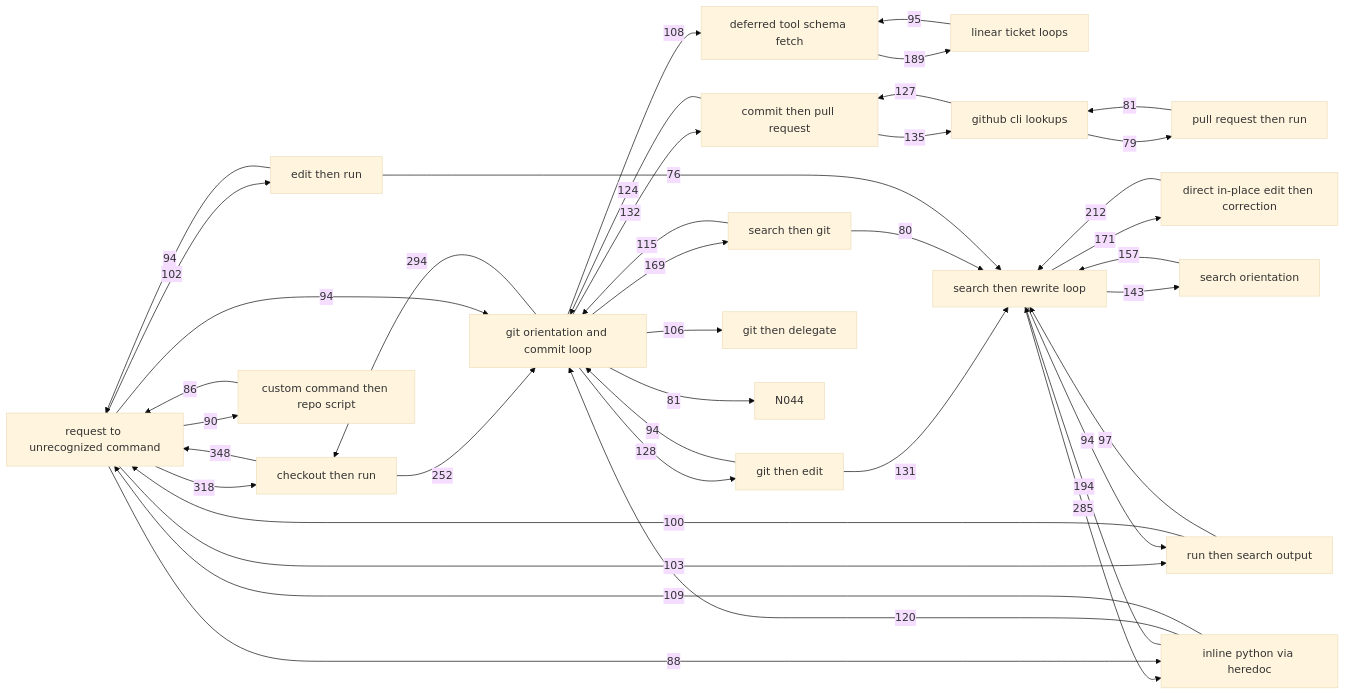
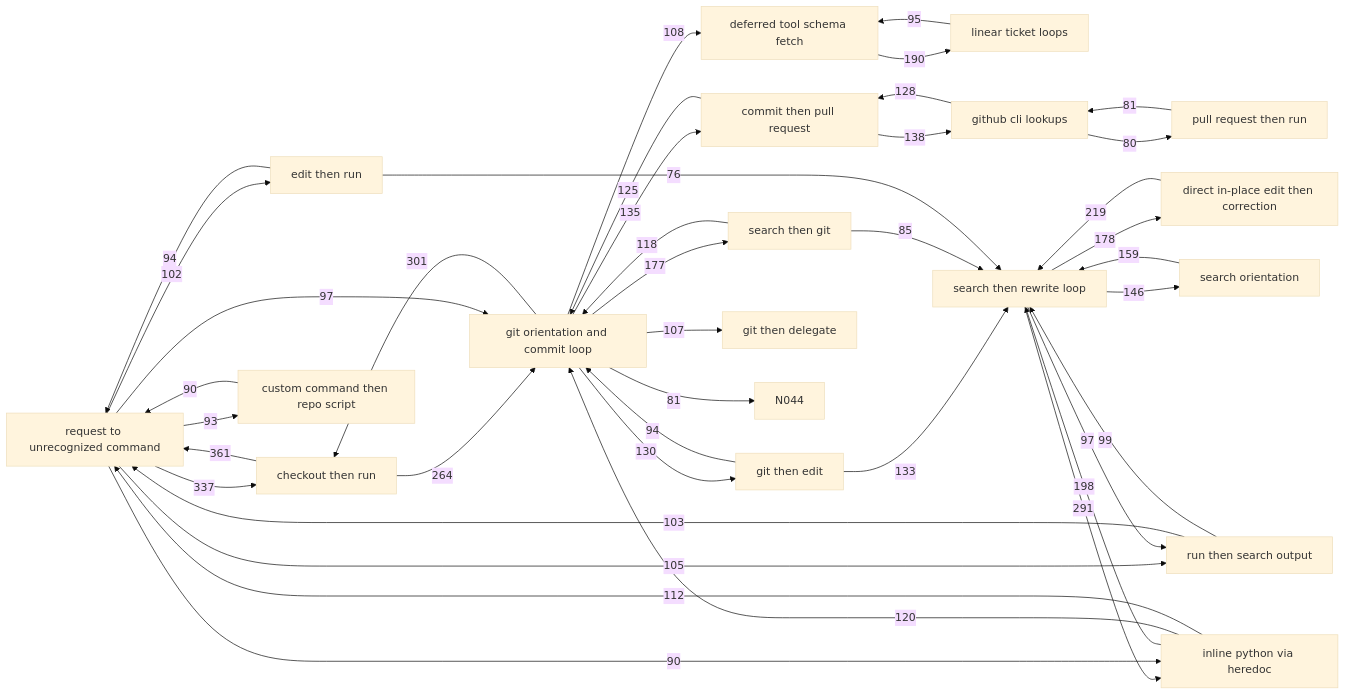
Before and after one commit to aidanff/comb: the diagram in candidates.md, drawn with Mermaid (base theme). The commit also changed other lines of this file and 2 other files, not shown here.

````diff
--- a/candidates.md
+++ b/candidates.md
@@ -426,62 +435,62 @@
 ```mermaid
 graph LR
   N001["deferred tool schema fetch"]
   N002["request to unrecognized command"]
   N003["git orientation and commit loop"]
   N004["linear ticket loops"]
   N006["inline python via heredoc"]
   N007["search then rewrite loop"]
   N009["checkout then run"]
   N010["direct in-place edit then correction"]
   N012["search orientation"]
   N014["edit then run"]
   N015["github cli lookups"]
   N016["run then search output"]
   N017["git then edit"]
   N019["commit then pull request"]
   N020["custom command then repo script"]
   N023["pull request then run"]
   N028["search then git"]
   N037["git then delegate"]
   N044["N044"]
-  N009 -->|348| N002
-  N002 -->|318| N009
-  N003 -->|294| N009
-  N007 -->|285| N006
-  N009 -->|252| N003
-  N010 -->|212| N007
-  N006 -->|194| N007
-  N001 -->|189| N004
-  N007 -->|171| N010
-  N003 -->|169| N028
-  N012 -->|157| N007
-  N007 -->|143| N012
-  N019 -->|135| N015
-  N003 -->|132| N019
-  N017 -->|131| N007
-  N003 -->|128| N017
-  N015 -->|127| N019
-  N019 -->|124| N003
+  N009 -->|361| N002
+  N002 -->|337| N009
+  N003 -->|301| N009
+  N007 -->|291| N006
+  N009 -->|264| N003
+  N010 -->|219| N007
+  N006 -->|198| N007
+  N001 -->|190| N004
+  N007 -->|178| N010
+  N003 -->|177| N028
+  N012 -->|159| N007
+  N007 -->|146| N012
+  N019 -->|138| N015
+  N003 -->|135| N019
+  N017 -->|133| N007
+  N003 -->|130| N017
+  N015 -->|128| N019
+  N019 -->|125| N003
   N006 -->|120| N003
-  N028 -->|115| N003
-  N006 -->|109| N002
+  N028 -->|118| N003
+  N006 -->|112| N002
   N003 -->|108| N001
-  N003 -->|106| N037
-  N002 -->|103| N016
+  N003 -->|107| N037
+  N002 -->|105| N016
+  N016 -->|103| N002
   N002 -->|102| N014
-  N016 -->|100| N002
-  N016 -->|97| N007
+  N016 -->|99| N007
+  N002 -->|97| N003
+  N007 -->|97| N016
   N004 -->|95| N001
-  N002 -->|94| N003
-  N007 -->|94| N016
   N014 -->|94| N002
   N017 -->|94| N003
-  N002 -->|90| N020
-  N002 -->|88| N006
-  N020 -->|86| N002
+  N002 -->|93| N020
+  N002 -->|90| N006
+  N020 -->|90| N002
+  N028 -->|85| N007
   N003 -->|81| N044
   N023 -->|81| N015
-  N028 -->|80| N007
-  N015 -->|79| N023
+  N015 -->|80| N023
   N014 -->|76| N007
 ```
````
